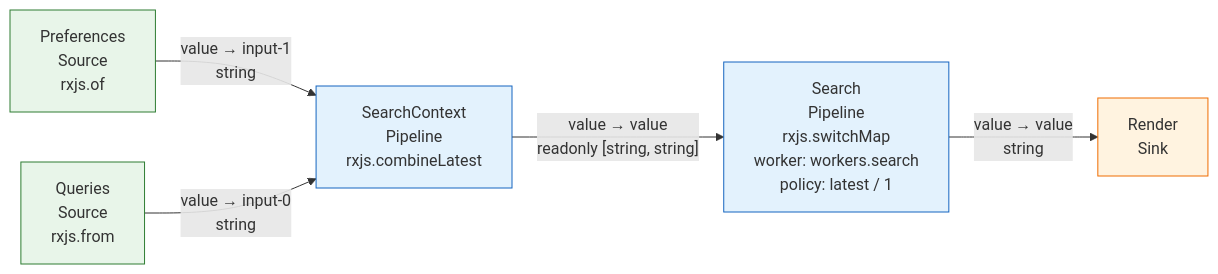
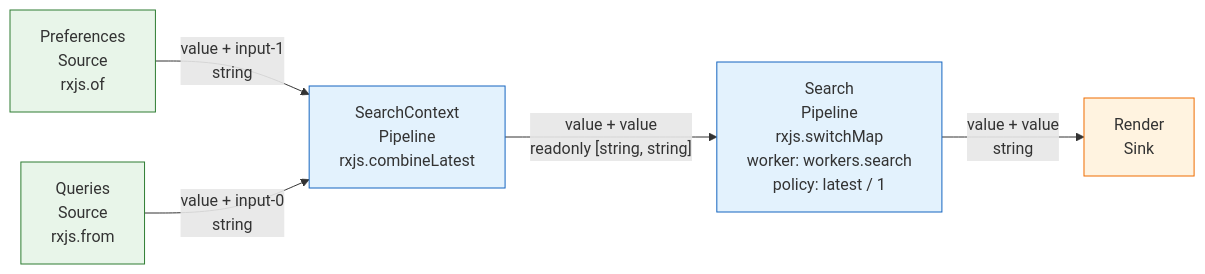
Before and after one commit to hansschenker/rxjs-rsl-gpt: the diagram in conformance/expected/asl-inspired-combined-search.mmd, drawn with Mermaid. The commit also changed 4 other files, not shown here.

Commit message:
fix: generate Mermaid-compatible edge labels

```diff
--- a/conformance/expected/asl-inspired-combined-search.mmd
+++ b/conformance/expected/asl-inspired-combined-search.mmd
@@ -1,18 +1,18 @@
 flowchart LR
   n0["Preferences<br/>Source<br/>rxjs.of"]
   n1["Queries<br/>Source<br/>rxjs.from"]
   n2["Render<br/>Sink"]
   n3["Search<br/>Pipeline<br/>rxjs.switchMap<br/>worker: workers.search<br/>policy: latest / 1"]
   n4["SearchContext<br/>Pipeline<br/>rxjs.combineLatest"]
-  n0 -->|"value → input-1<br/>string"| n4
-  n1 -->|"value → input-0<br/>string"| n4
-  n4 -->|"value → value<br/>readonly [string, string]"| n3
-  n3 -->|"value → value<br/>string"| n2
+  n0 -->|"value + input-1<br/>string"| n4
+  n1 -->|"value + input-0<br/>string"| n4
+  n4 -->|"value + value<br/>readonly [string, string]"| n3
+  n3 -->|"value + value<br/>string"| n2
   class n0 source
   class n1 source
   class n2 sink
   class n3 pipeline
   class n4 pipeline
   classDef source fill:#e8f5e9,stroke:#2e7d32
   classDef pipeline fill:#e3f2fd,stroke:#1565c0
   classDef sink fill:#fff3e0,stroke:#ef6c00
```
